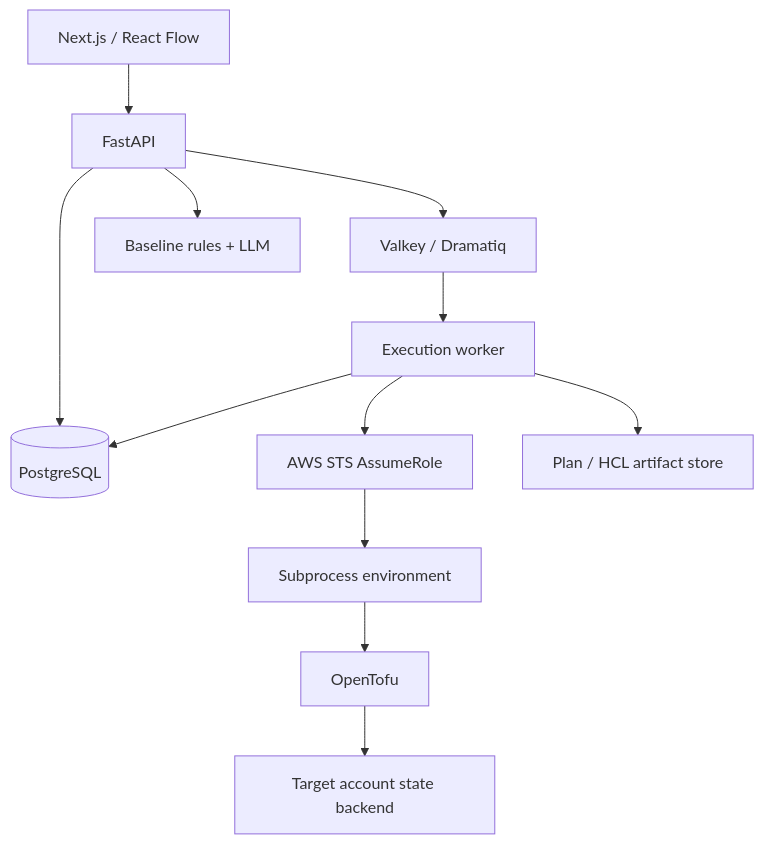
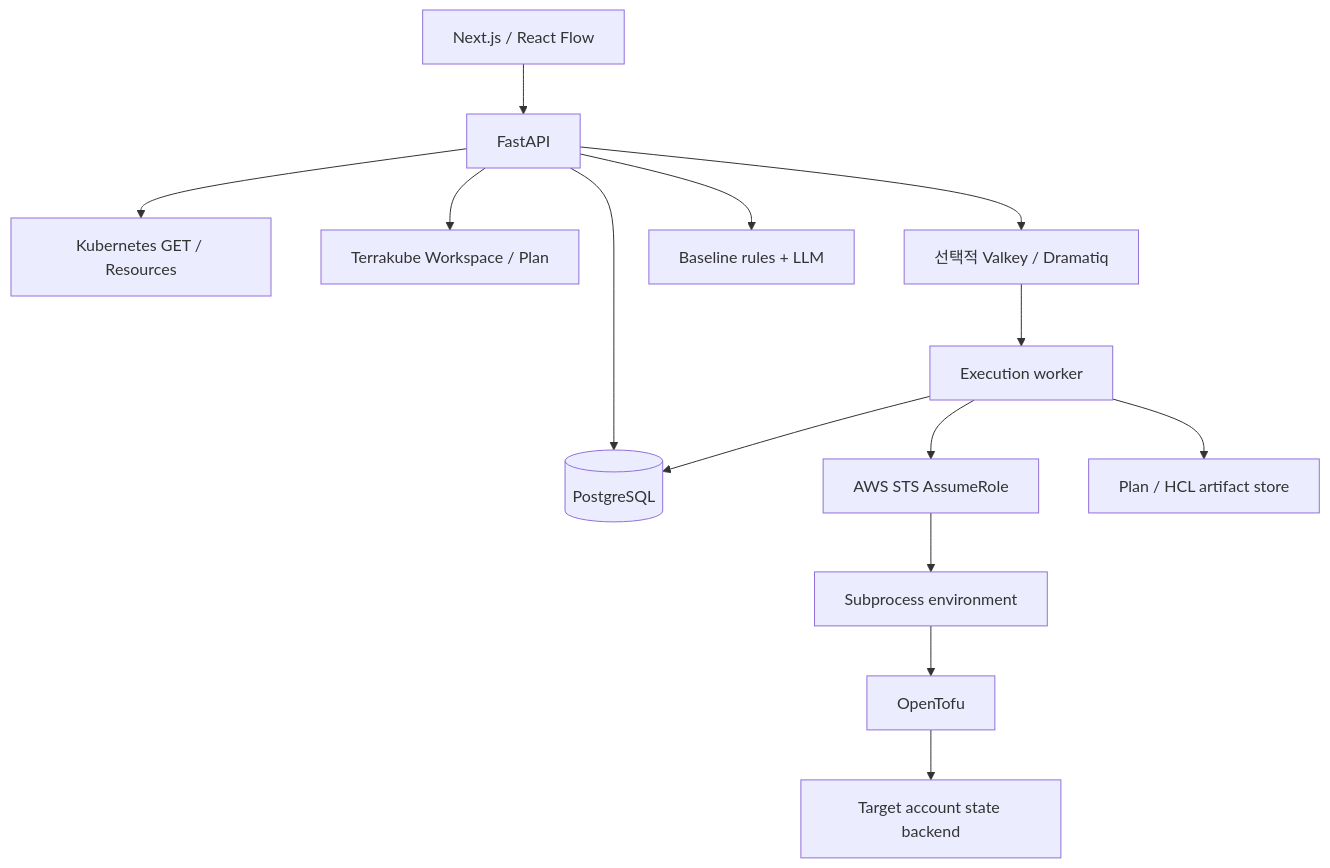
The diagram in docs/ARCHITECTURE.md (yewon4540/infra-canvas), drawn with Mermaid before and after one commit. The commit also changed other lines of this file and 8 other files, not shown here.

````diff
--- a/docs/ARCHITECTURE.md
+++ b/docs/ARCHITECTURE.md
@@ -5,14 +5,16 @@
 ```mermaid
 flowchart TD
     Web[Next.js / React Flow] --> API[FastAPI]
     API --> DB[(PostgreSQL)]
-    API --> Queue[Valkey / Dramatiq]
+    API --> Kube[Kubernetes GET / Resources]
+    API --> Remote[Terrakube Workspace / Plan]
+    API --> Queue[선택적 Valkey / Dramatiq]
     Queue --> Worker[Execution worker]
     Worker --> STS[AWS STS AssumeRole]
     STS --> Env[Subprocess environment]
     Env --> Tofu[OpenTofu]
     Worker --> Store[Plan / HCL artifact store]
     Tofu --> Backend[Target account state backend]
     Worker --> DB
     API --> Feedback[Baseline rules + LLM]
 ```
````
